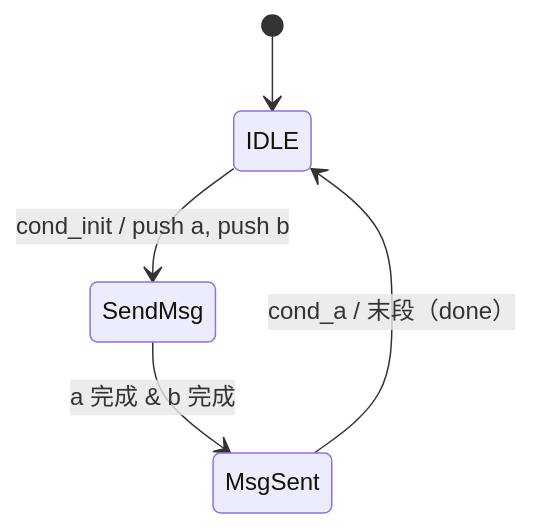
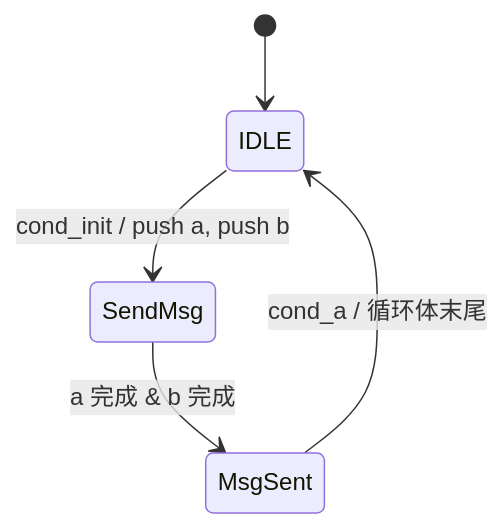
One commit to rede97/autowire changed the first of 5 diagrams in docs/state/async-fsm.md. Above: the diagram before and after it, drawn with Mermaid. The commit also changed other lines of this file, not shown here.

````diff
--- a/docs/state/async-fsm.md
+++ b/docs/state/async-fsm.md
@@ -290,7 +334,7 @@
 ```mermaid
 stateDiagram-v2
   [*] --> IDLE
   IDLE --> SendMsg: cond_init / push a, push b
   SendMsg --> MsgSent: a 完成 & b 完成
-  MsgSent --> IDLE: cond_a / 末段（done）
+  MsgSent --> IDLE: cond_a / 循环体末尾
 ```
````
